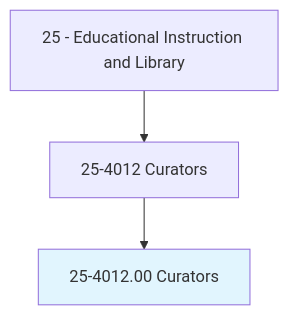
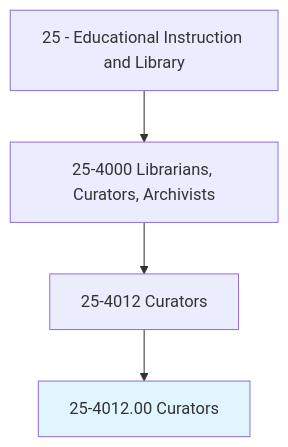
Before and after one commit to kziemski/business.org.ai: the first of 4 diagrams in occupations/Education/Curators.mdx, drawn with Mermaid. The commit also changed other lines of this file and 938 other files, not shown here.

````diff
--- a/occupations/Education/Curators.mdx
+++ b/occupations/Education/Curators.mdx
@@ -19,6 +23,7 @@
 ```mermaid
 graph TD
-    Cat25["25 - Educational Instruction and Library"] --> Group254012["25-4012 Curators"]
+    Cat25["25 - Educational Instruction and Library"] --> Group254["25-4000 Librarians, Curators, Archivists"]
+    Group254 --> Group254012["25-4012 Curators"]
     Group254012 --> Current["25-4012.00 Curators"]
     style Current fill:#e1f5fe
 ```
````
